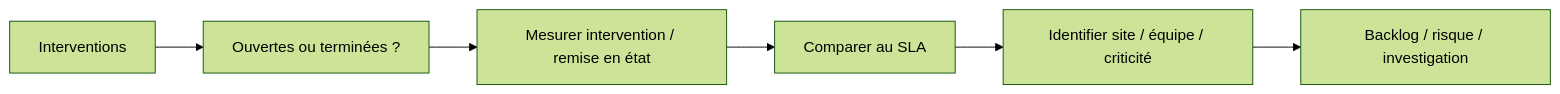
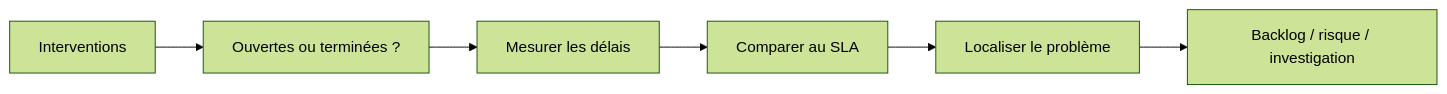
The second of 2 diagrams in powerbi-sla-penalties-portfolio/README.md (jeffersonkuku/powerbi-portfolio-projects), drawn with Mermaid (forest theme) before and after one commit. The commit also changed other lines of this file and 5 other files, not shown here.

````diff
--- a/powerbi-sla-penalties-portfolio/README.md
+++ b/powerbi-sla-penalties-portfolio/README.md
@@ -62,8 +59,8 @@
 ```mermaid
 flowchart LR
     A[Interventions] --> B[Ouvertes ou terminées ?]
-    B --> C[Mesurer intervention / remise en état]
+    B --> C[Mesurer les délais]
     C --> D[Comparer au SLA]
-    D --> E[Identifier site / équipe / criticité]
+    D --> E[Localiser le problème]
     E --> F[Backlog / risque / investigation]
 ```
````
